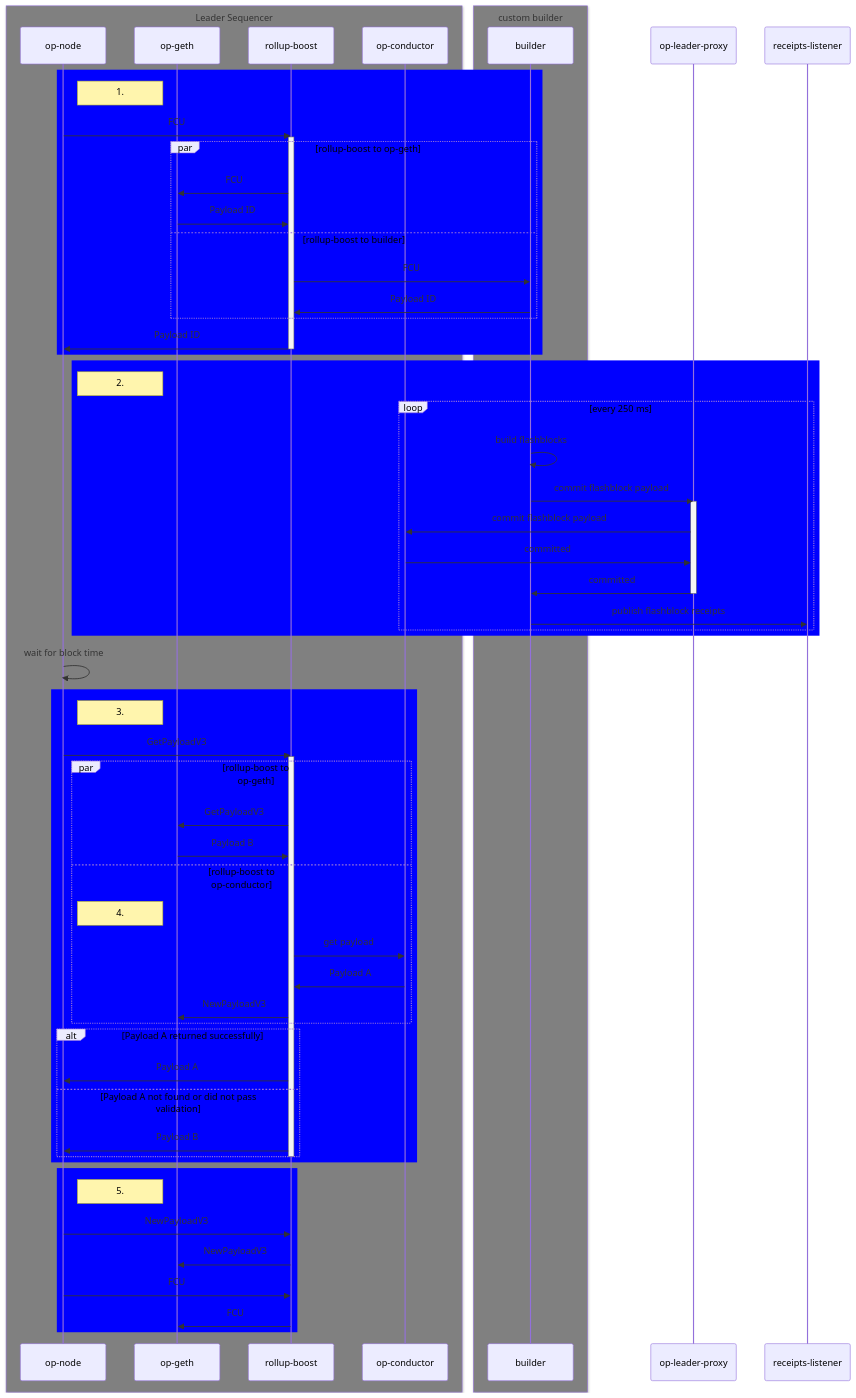
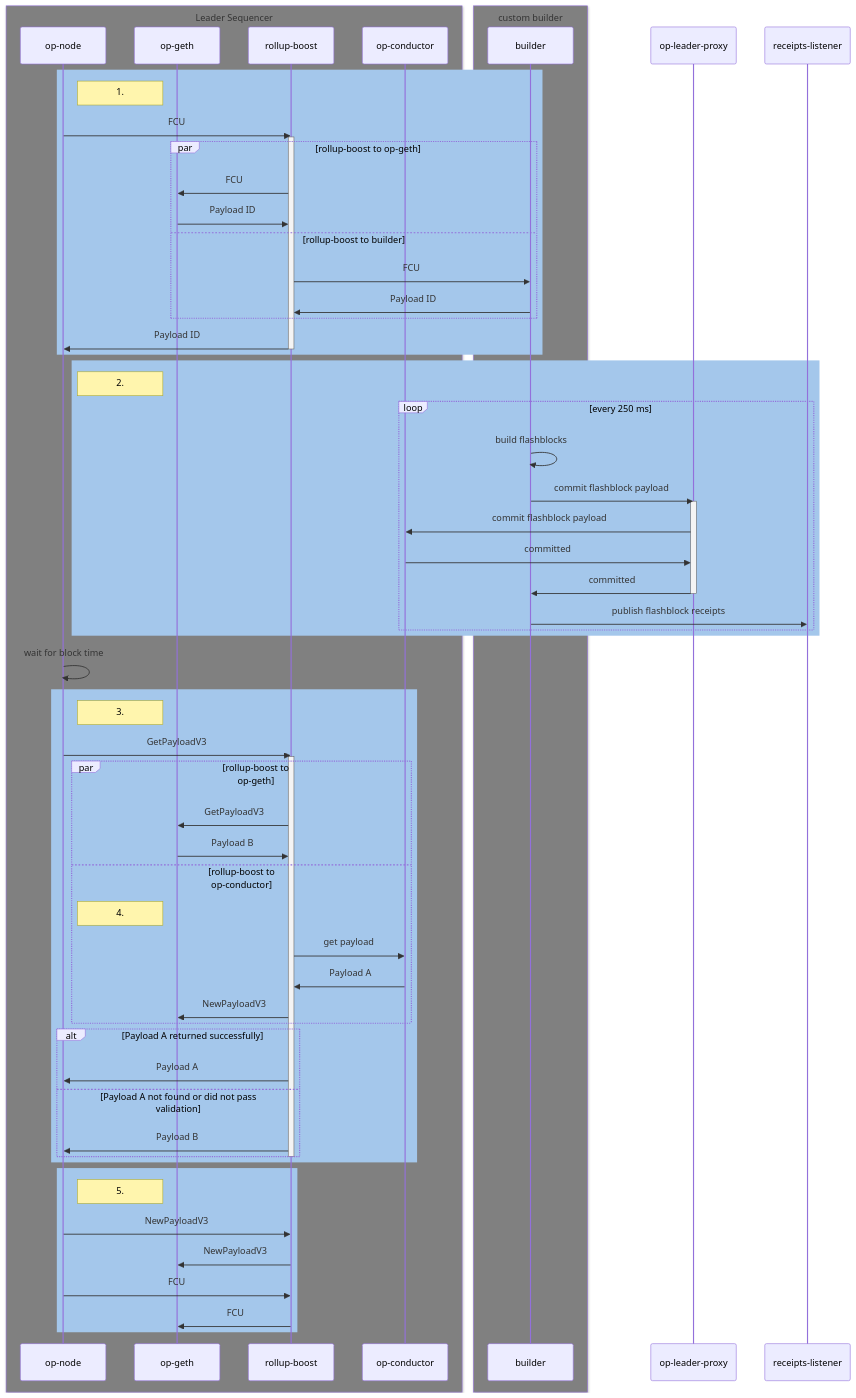
One commit to 0x00101010/tests changed the diagram in docs/block-production.md. Above: the diagram before and after it, drawn with Mermaid.

Commit message:
update color

````diff
--- a/docs/block-production.md
+++ b/docs/block-production.md
@@ -1,75 +1,75 @@
 ```mermaid
 sequenceDiagram
     box grey Leader Sequencer
         participant op-node
         participant op-geth
         participant rollup-boost
         participant op-conductor
     end
     box grey custom builder
         participant builder
     end
     participant op-leader-proxy
     participant receipts-listener
 
-    rect blue
+    rect rgb(164, 199, 235)
         Note right of op-node: 1.
         op-node ->> rollup-boost: FCU
         activate rollup-boost
             par rollup-boost to op-geth
                 rollup-boost ->> op-geth: FCU
                 op-geth ->> rollup-boost: Payload ID
             and rollup-boost to builder
                 rollup-boost ->> builder: FCU
                 builder ->> rollup-boost: Payload ID
             end
             rollup-boost ->> op-node: Payload ID
         deactivate rollup-boost
     end
 
-    rect blue
+    rect rgb(164, 199, 235)
         note right of op-node: 2.
         loop every 250 ms
             builder ->> builder: build flashblocks
             builder ->> op-leader-proxy: commit flashblock payload
             activate op-leader-proxy
                 op-leader-proxy ->> op-conductor: commit flashblock payload
                 op-conductor ->> op-leader-proxy: committed
                 op-leader-proxy ->> builder: committed
             deactivate op-leader-proxy
             builder ->> receipts-listener: publish flashblock receipts
         end
     end
 
     op-node ->> op-node: wait for block time
 
-    rect blue
+    rect rgb(164, 199, 235)
         note right of op-node: 3.
         op-node ->> rollup-boost: GetPayloadV3
         activate rollup-boost
             par rollup-boost to op-geth
                 rollup-boost ->> op-geth: GetPayloadV3
                 op-geth ->> rollup-boost: Payload B
             and rollup-boost to op-conductor
                 note left of op-geth: 4. 
                 rollup-boost ->> op-conductor: get payload
                 op-conductor ->> rollup-boost: Payload A
                 rollup-boost ->> op-geth: NewPayloadV3
             end
 
             alt Payload A returned successfully
                 rollup-boost ->> op-node: Payload A
             else Payload A not found or did not pass validation
                 rollup-boost ->> op-node: Payload B
             end
         deactivate rollup-boost
     end
 
-    rect blue
+    rect rgb(164, 199, 235)
         note right of op-node: 5.
         op-node ->> rollup-boost: NewPayloadV3
         rollup-boost ->> op-geth: NewPayloadV3
         op-node ->> rollup-boost: FCU
         rollup-boost ->> op-geth: FCU
     end
 ```
````
